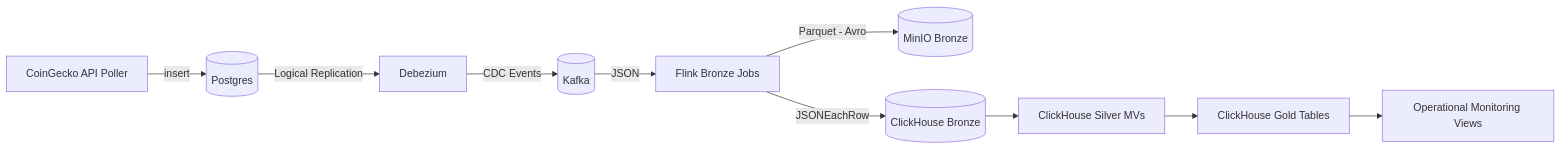
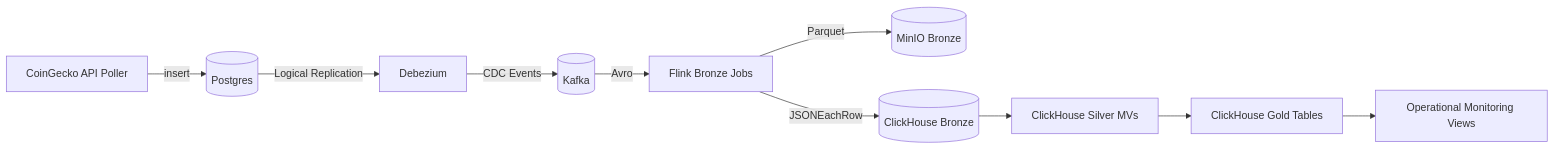
Before and after one commit to 4lcatrust/aether-stream: the diagram in README.md, drawn with Mermaid. The commit also changed other lines of this file, not shown here.

````diff
--- a/README.md
+++ b/README.md
@@ -3,12 +8,12 @@
 ```mermaid
 flowchart LR
   A[CoinGecko API Poller] -->|insert| B[(Postgres)]
   B -->|Logical Replication| C[Debezium]
   C -->|CDC Events| D[(Kafka)]
-  D -->|JSON| E[Flink Bronze Jobs]
-  E -->|Parquet - Avro| F[(MinIO Bronze)]
+  D -->|Avro| E[Flink Bronze Jobs]
+  E -->|Parquet| F[(MinIO Bronze)]
   E -->|JSONEachRow| G[(ClickHouse Bronze)]
   G --> H[ClickHouse Silver MVs]
   H --> I[ClickHouse Gold Tables]
   I --> J[Operational Monitoring Views]
 ```
````
